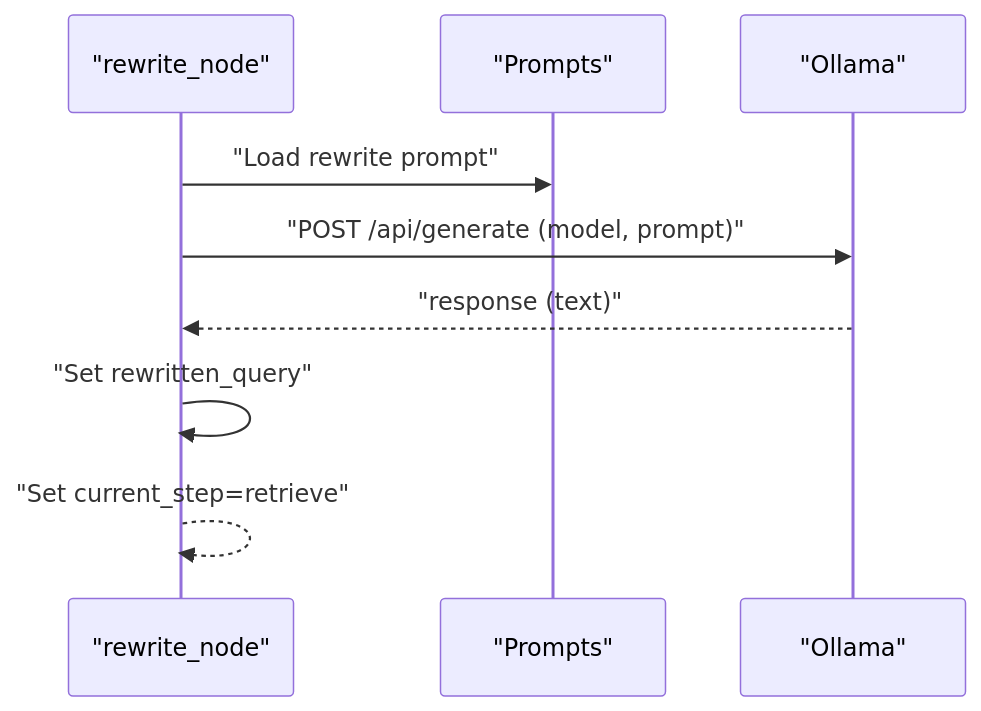
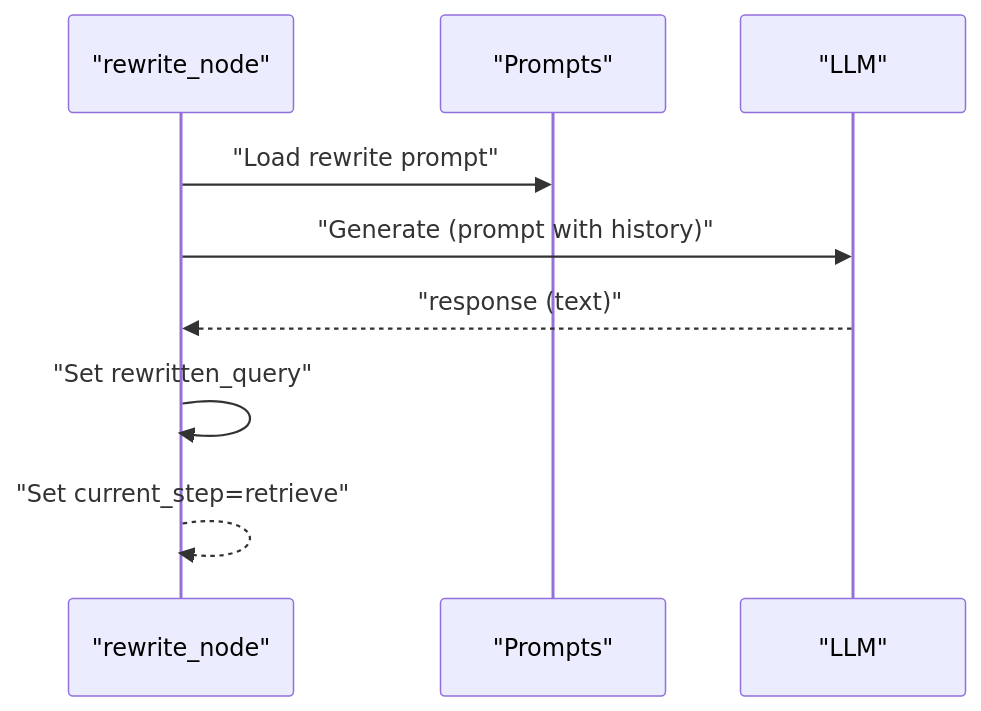
Before and after one commit to genes8/private-ai: the sixth of 15 diagrams in .qoder/repowiki/en/content/AI Agent Pipeline/LangGraph State Machine.md, drawn with Mermaid. The commit also changed other lines of this file and 101 other files, not shown here.

````diff
--- a/.qoder/repowiki/en/content/AI Agent Pipeline/LangGraph State Machine.md
+++ b/.qoder/repowiki/en/content/AI Agent Pipeline/LangGraph State Machine.md
@@ -299,11 +301,11 @@
 ```mermaid
 sequenceDiagram
 participant N as "rewrite_node"
 participant P as "Prompts"
-participant O as "Ollama"
+participant O as "LLM"
 N->>P : "Load rewrite prompt"
-N->>O : "POST /api/generate (model, prompt)"
+N->>O : "Generate (prompt with history)"
 O-->>N : "response (text)"
 N->>N : "Set rewritten_query"
 N-->>N : "Set current_step=retrieve"
 ```
````
